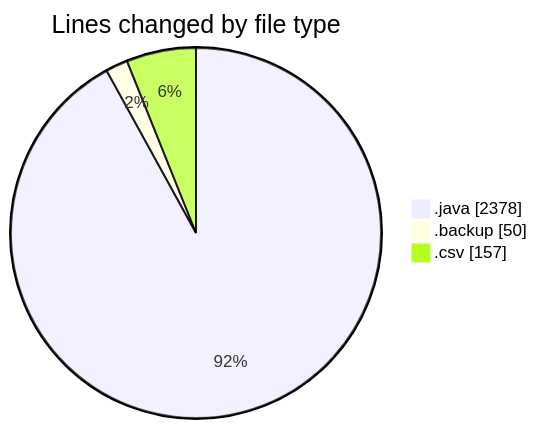
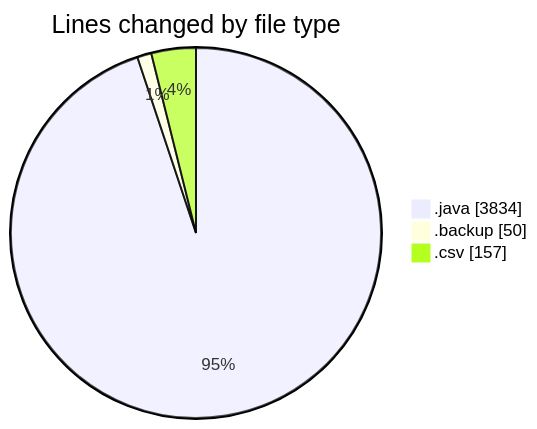
One commit to ricardozamudiocil/code-tracking changed the first of 2 diagrams in 2026-02-26/cilapp/README.md. Above: the diagram before and after it, drawn with Mermaid. The commit also changed other lines of this file and 1 other file, not shown here.

````diff
--- a/2026-02-26/cilapp/README.md
+++ b/2026-02-26/cilapp/README.md
@@ -27,7 +27,7 @@
 ```mermaid
 pie showData
 title Lines changed by file type
-".java" : 2378
+".java" : 3834
 ".backup" : 50
 ".csv" : 157
 ```
````
